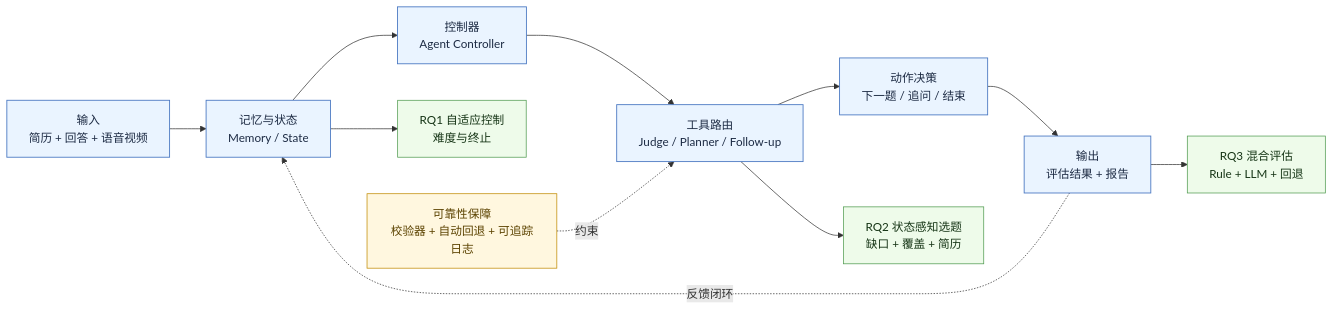
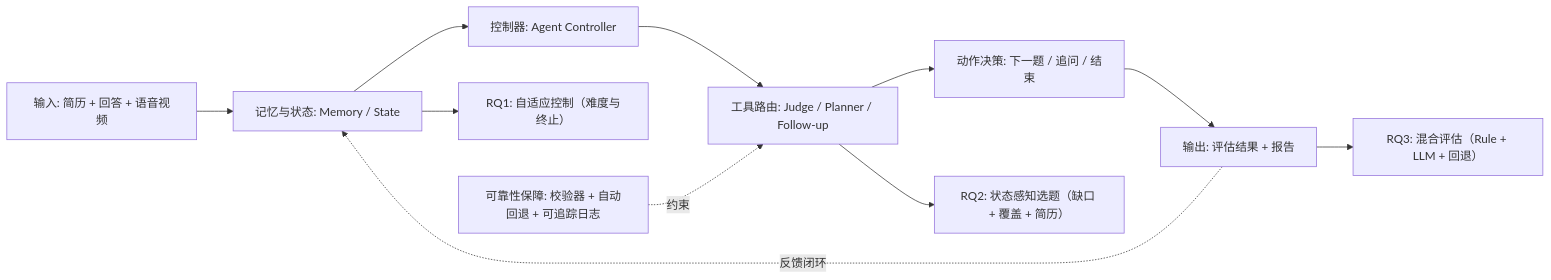
The diagram in paper/SYSTEM_OVERVIEW_CN.md (hot-zhy/interview), drawn with Mermaid before and after one commit. The commit also changed other lines of this file, not shown here.

````diff
--- a/paper/SYSTEM_OVERVIEW_CN.md
+++ b/paper/SYSTEM_OVERVIEW_CN.md
@@ -371,23 +407,15 @@
 ```mermaid
 flowchart LR
-    A[输入<br/>简历 + 回答 + 语音视频] --> B[记忆与状态<br/>Memory / State]
-    B --> C[控制器<br/>Agent Controller]
-    C --> D[工具路由<br/>Judge / Planner / Follow-up]
-    D --> E[动作决策<br/>下一题 / 追问 / 结束]
-    E --> F[输出<br/>评估结果 + 报告]
-    F -.反馈闭环.-> B
+    inputNode["输入: 简历 + 回答 + 语音视频"] --> stateNode["记忆与状态: Memory / State"]
+    stateNode --> controllerNode["控制器: Agent Controller"]
+    controllerNode --> routerNode["工具路由: Judge / Planner / Follow-up"]
+    routerNode --> actionNode["动作决策: 下一题 / 追问 / 结束"]
+    actionNode --> outputNode["输出: 评估结果 + 报告"]
+    outputNode -. "反馈闭环" .-> stateNode
 
-    B --> R1[RQ1 自适应控制<br/>难度与终止]
-    D --> R2[RQ2 状态感知选题<br/>缺口 + 覆盖 + 简历]
-    F --> R3[RQ3 混合评估<br/>Rule + LLM + 回退]
+    stateNode --> rq1Node["RQ1: 自适应控制（难度与终止）"]
+    routerNode --> rq2Node["RQ2: 状态感知选题（缺口 + 覆盖 + 简历）"]
+    outputNode --> rq3Node["RQ3: 混合评估（Rule + LLM + 回退）"]
 
-    G[可靠性保障<br/>校验器 + 自动回退 + 可追踪日志] -.约束.-> D
-
-    classDef main fill:#eaf4ff,stroke:#4a78c2,stroke-width:1.2px,color:#1d2b44;
-    classDef rq fill:#eefbea,stroke:#4f9a4f,stroke-width:1px,color:#163516;
-    classDef note fill:#fff7df,stroke:#c08a00,stroke-width:1px,color:#5c4300;
-
-    class A,B,C,D,E,F main;
-    class R1,R2,R3 rq;
-    class G note;
+    reliabilityNode["可靠性保障: 校验器 + 自动回退 + 可追踪日志"] -. "约束" .-> routerNode
 ```
````
